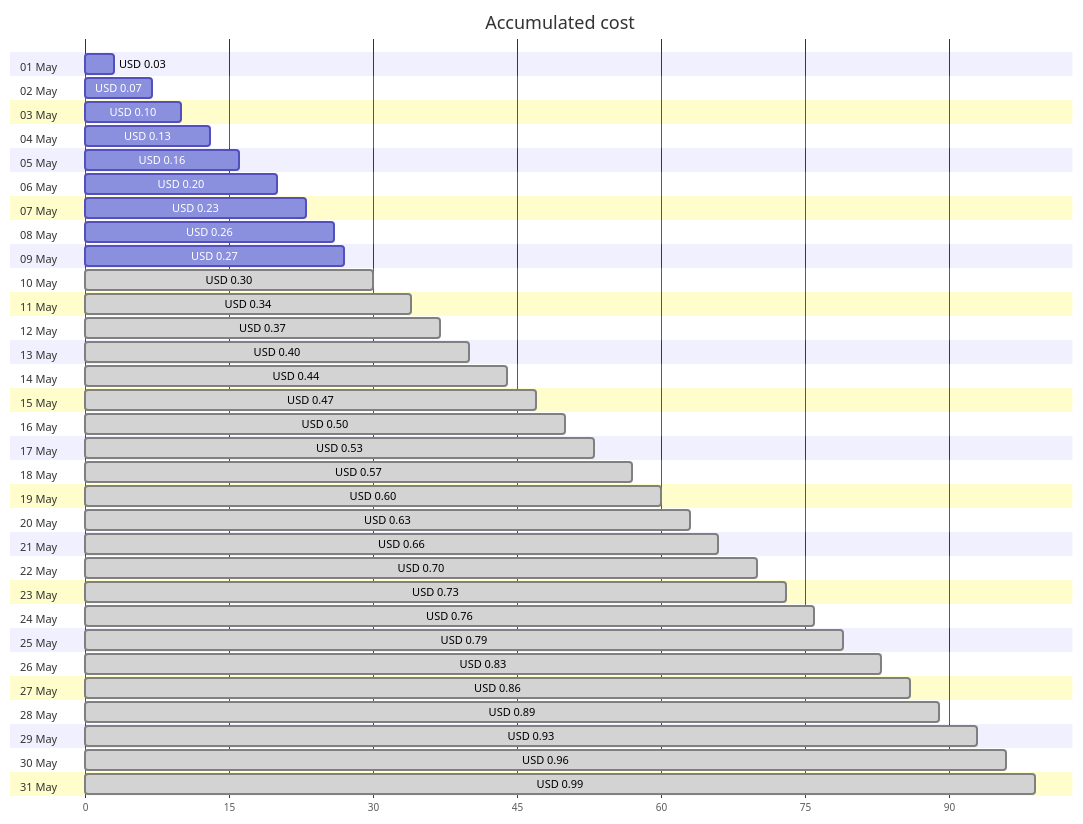
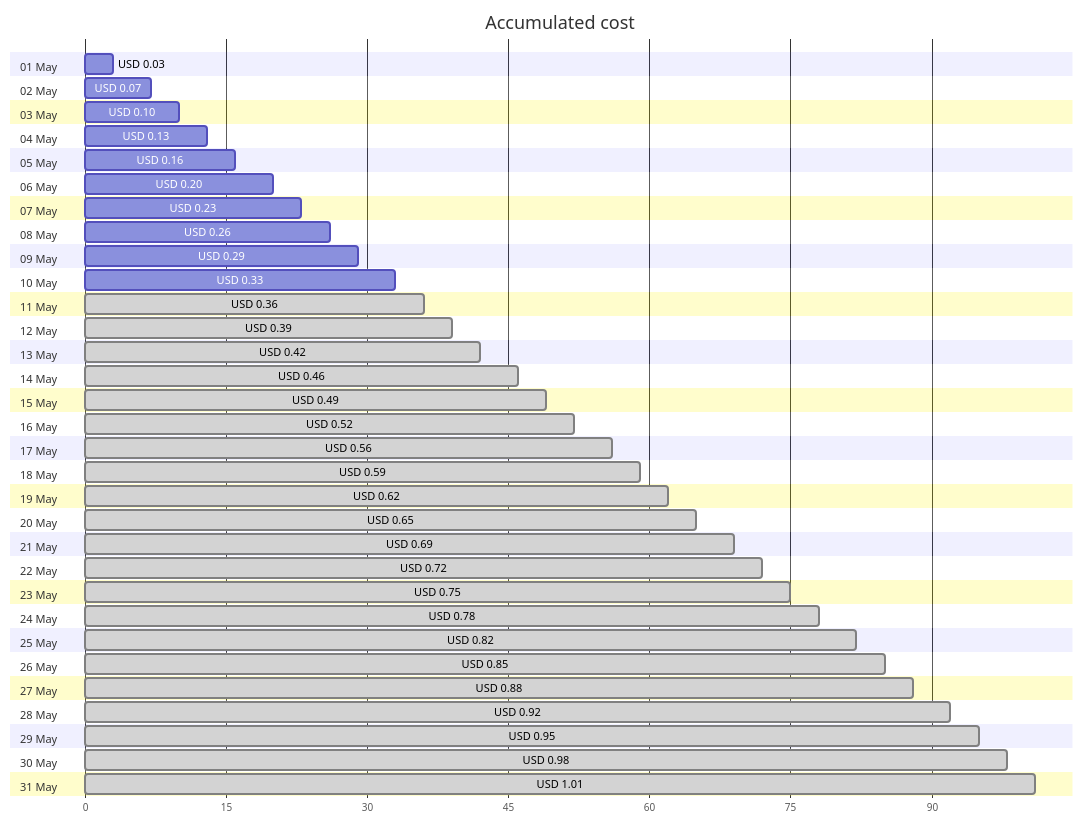
One commit to jpfulton/azure-personal-reports changed the first of 4 diagrams in cost-reports/personal-dns/README.md. Above: the diagram before and after it, drawn with Mermaid. The commit also changed other lines of this file and 2 other files, not shown here.

Commit message:
Generated reports [skip ci]

````diff
--- a/cost-reports/personal-dns/README.md
+++ b/cost-reports/personal-dns/README.md
@@ -20,68 +20,68 @@
 ```mermaid
 gantt
    title Accumulated cost
    dateFormat  X
    axisFormat %s
    section 01 May
    USD 0.03 :0, 3
    section 02 May
    USD 0.07 :0, 7
    section 03 May
    USD 0.10 :0, 10
    section 04 May
    USD 0.13 :0, 13
    section 05 May
    USD 0.16 :0, 16
    section 06 May
    USD 0.20 :0, 20
    section 07 May
    USD 0.23 :0, 23
    section 08 May
    USD 0.26 :0, 26
    section 09 May
-   USD 0.27 :0, 27
+   USD 0.29 :0, 29
    section 10 May
-   USD 0.30 : done, 0, 30
+   USD 0.33 :0, 33
    section 11 May
-   USD 0.34 : done, 0, 34
+   USD 0.36 : done, 0, 36
    section 12 May
-   USD 0.37 : done, 0, 37
+   USD 0.39 : done, 0, 39
    section 13 May
-   USD 0.40 : done, 0, 40
+   USD 0.42 : done, 0, 42
    section 14 May
-   USD 0.44 : done, 0, 44
+   USD 0.46 : done, 0, 46
    section 15 May
-   USD 0.47 : done, 0, 47
+   USD 0.49 : done, 0, 49
    section 16 May
-   USD 0.50 : done, 0, 50
+   USD 0.52 : done, 0, 52
    section 17 May
-   USD 0.53 : done, 0, 53
+   USD 0.56 : done, 0, 56
    section 18 May
-   USD 0.57 : done, 0, 57
+   USD 0.59 : done, 0, 59
    section 19 May
-   USD 0.60 : done, 0, 60
+   USD 0.62 : done, 0, 62
    section 20 May
-   USD 0.63 : done, 0, 63
+   USD 0.65 : done, 0, 65
    section 21 May
-   USD 0.66 : done, 0, 66
+   USD 0.69 : done, 0, 69
    section 22 May
-   USD 0.70 : done, 0, 70
+   USD 0.72 : done, 0, 72
    section 23 May
-   USD 0.73 : done, 0, 73
+   USD 0.75 : done, 0, 75
    section 24 May
-   USD 0.76 : done, 0, 76
+   USD 0.78 : done, 0, 78
    section 25 May
-   USD 0.79 : done, 0, 79
+   USD 0.82 : done, 0, 82
    section 26 May
-   USD 0.83 : done, 0, 83
+   USD 0.85 : done, 0, 85
    section 27 May
-   USD 0.86 : done, 0, 86
+   USD 0.88 : done, 0, 88
    section 28 May
-   USD 0.89 : done, 0, 89
+   USD 0.92 : done, 0, 92
    section 29 May
-   USD 0.93 : done, 0, 93
+   USD 0.95 : done, 0, 95
    section 30 May
-   USD 0.96 : done, 0, 96
+   USD 0.98 : done, 0, 98
    section 31 May
-   USD 0.99 : done, 0, 99
+   USD 1.01 : done, 0, 101
 ```
````
